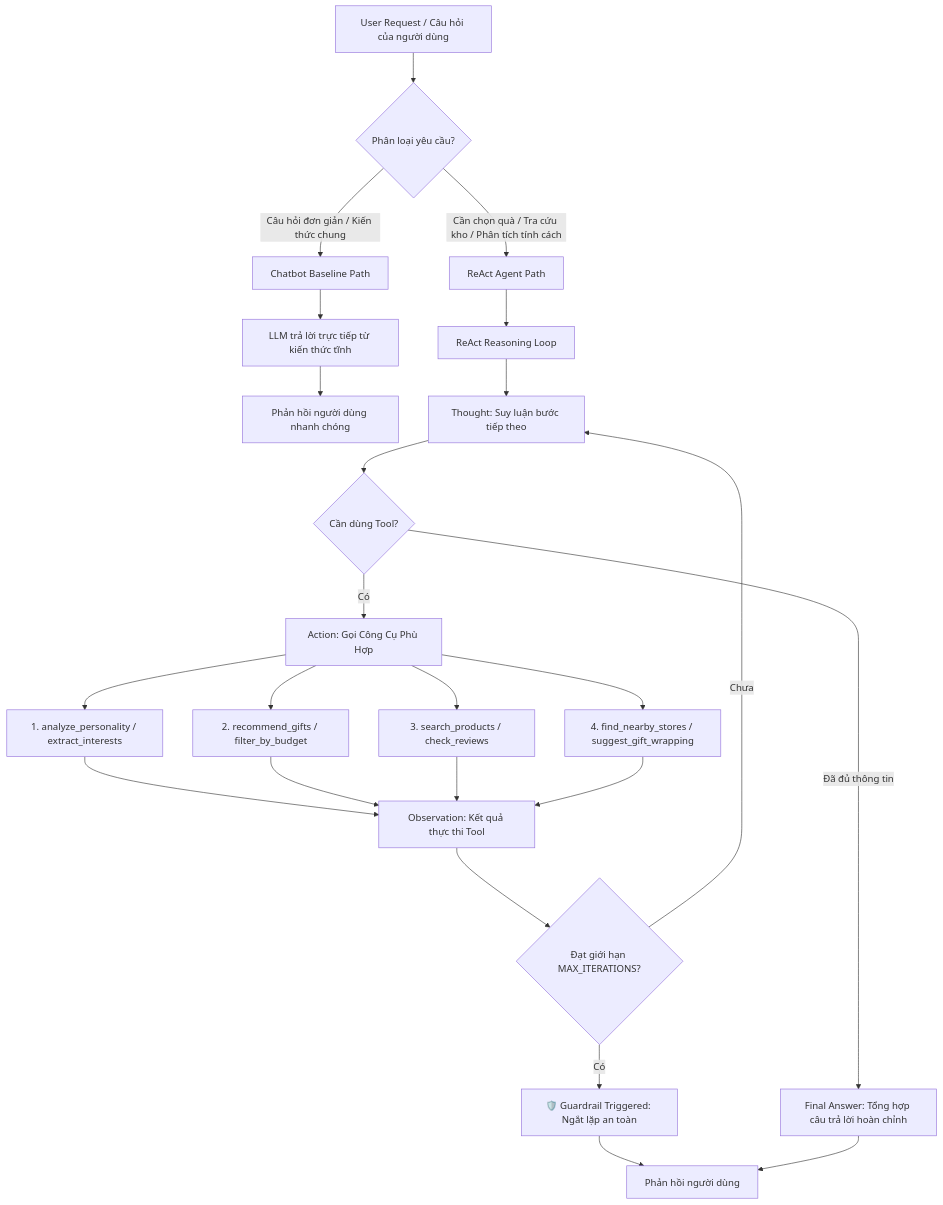
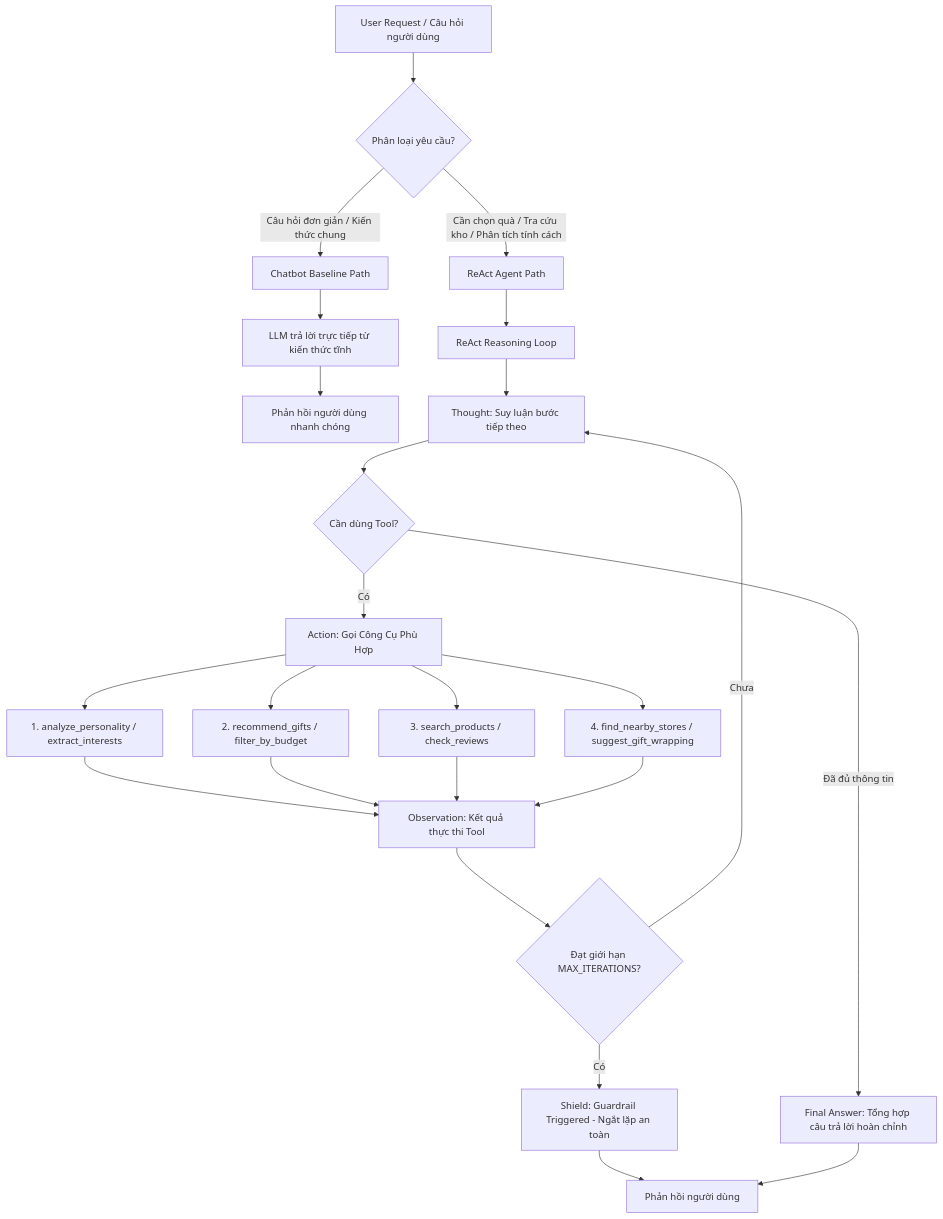
The diagram in docs/hybrid_flowchart.mermaid (AnKun10/Day-3-Lab-Chatbot-vs-react-agent-E402), drawn with Mermaid before and after one commit.

Commit message:
create: flowchart

````diff
--- a/docs/hybrid_flowchart.mermaid
+++ b/docs/hybrid_flowchart.mermaid
@@ -1,29 +1,32 @@
-```mermaid
-graph TD
-    A[User Request / Câu hỏi của người dùng] --> B{Phân loại yêu cầu?}
+flowchart TD
+    A["User Request / Câu hỏi người dùng"] --> B{"Phân loại yêu cầu?"}
     
     %% Đường đi Chatbot Baseline
-    B -- "Câu hỏi đơn giản / Kiến thức chung" --> C[Chatbot Baseline Path]
-    C --> C1[LLM trả lời trực tiếp từ kiến thức tĩnh]
-    C1 --> C2[Phản hồi người dùng nhanh chóng]
+    B -- "Câu hỏi đơn giản / Kiến thức chung" --> C["Chatbot Baseline Path"]
+    C --> C1["LLM trả lời trực tiếp từ kiến thức tĩnh"]
+    C1 --> C2["Phản hồi người dùng nhanh chóng"]
     
     %% Đường đi ReAct Agent Loop
-    B -- "Cần chọn quà / Tra cứu kho / Phân tích tính cách" --> D[ReAct Agent Path]
-    D --> E[ReAct Reasoning Loop]
-    E --> F[Thought: Suy luận bước tiếp theo]
-    F --> G{Cần dùng Tool?}
+    B -- "Cần chọn quà / Tra cứu kho / Phân tích tính cách" --> D["ReAct Agent Path"]
+    D --> E["ReAct Reasoning Loop"]
+    E --> F["Thought: Suy luận bước tiếp theo"]
+    F --> G{"Cần dùng Tool?"}
     
-    G -- Có --> H[Action: Gọi Công Cụ Phù Hợp]
-    H --> H1[1. analyze_personality / extract_interests]
-    H --> H2[2. recommend_gifts / filter_by_budget]
-    H --> H3[3. search_products / check_reviews]
-    H --> H4[4. find_nearby_stores / suggest_gift_wrapping]
+    G -- "Có" --> H["Action: Gọi Công Cụ Phù Hợp"]
+    H --> H1["1. analyze_personality / extract_interests"]
+    H --> H2["2. recommend_gifts / filter_by_budget"]
+    H --> H3["3. search_products / check_reviews"]
+    H --> H4["4. find_nearby_stores / suggest_gift_wrapping"]
     
-    H1 & H2 & H3 & H4 --> I[Observation: Kết quả thực thi Tool]
-    I --> J{Đạt giới hạn MAX_ITERATIONS?}
-    J -- Có --> K[🛡️ Guardrail Triggered: Ngắt lặp an toàn]
-    J -- Chưa --> F
+    H1 --> I["Observation: Kết quả thực thi Tool"]
+    H2 --> I
+    H3 --> I
+    H4 --> I
     
-    G -- Đã đủ thông tin --> L[Final Answer: Tổng hợp câu trả lời hoàn chỉnh]
-    K & L --> M[Phản hồi người dùng]
-```
+    I --> J{"Đạt giới hạn MAX_ITERATIONS?"}
+    J -- "Có" --> K["Shield: Guardrail Triggered - Ngắt lặp an toàn"]
+    J -- "Chưa" --> F
+    
+    G -- "Đã đủ thông tin" --> L["Final Answer: Tổng hợp câu trả lời hoàn chỉnh"]
+    K --> M["Phản hồi người dùng"]
+    L --> M
````
